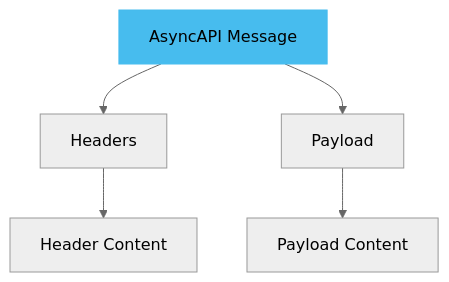
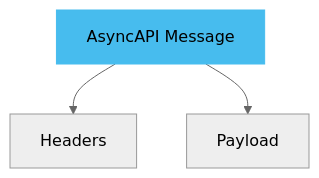
One commit to asyncapi/website changed the first of 4 diagrams in pages/docs/concepts/asyncapi-document/adding-messages.md. Above: the diagram before and after it, drawn with Mermaid (neutral theme). The commit also changed other lines of this file, not shown here.

````diff
--- a/pages/docs/concepts/asyncapi-document/adding-messages.md
+++ b/pages/docs/concepts/asyncapi-document/adding-messages.md
@@ -10,9 +10,7 @@
 ```mermaid
 graph TD;
     A[AsyncAPI Message] --> B[Headers]
     A --> C[Payload]
-    B --> D[Header Content]
-    C --> E[Payload Content]
 
     style A fill:#47BCEE,stroke:#47BCEE;
 ```
````
